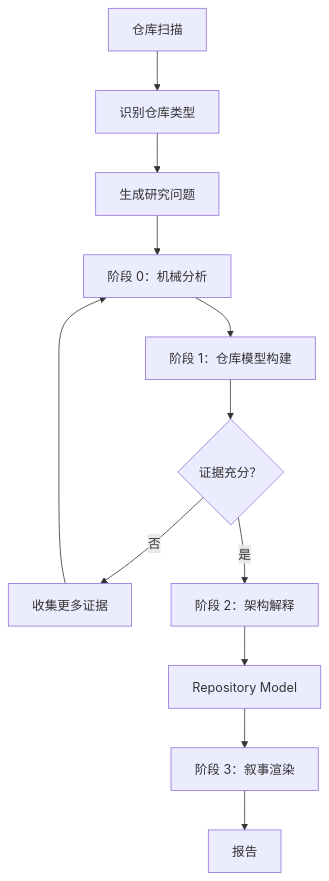
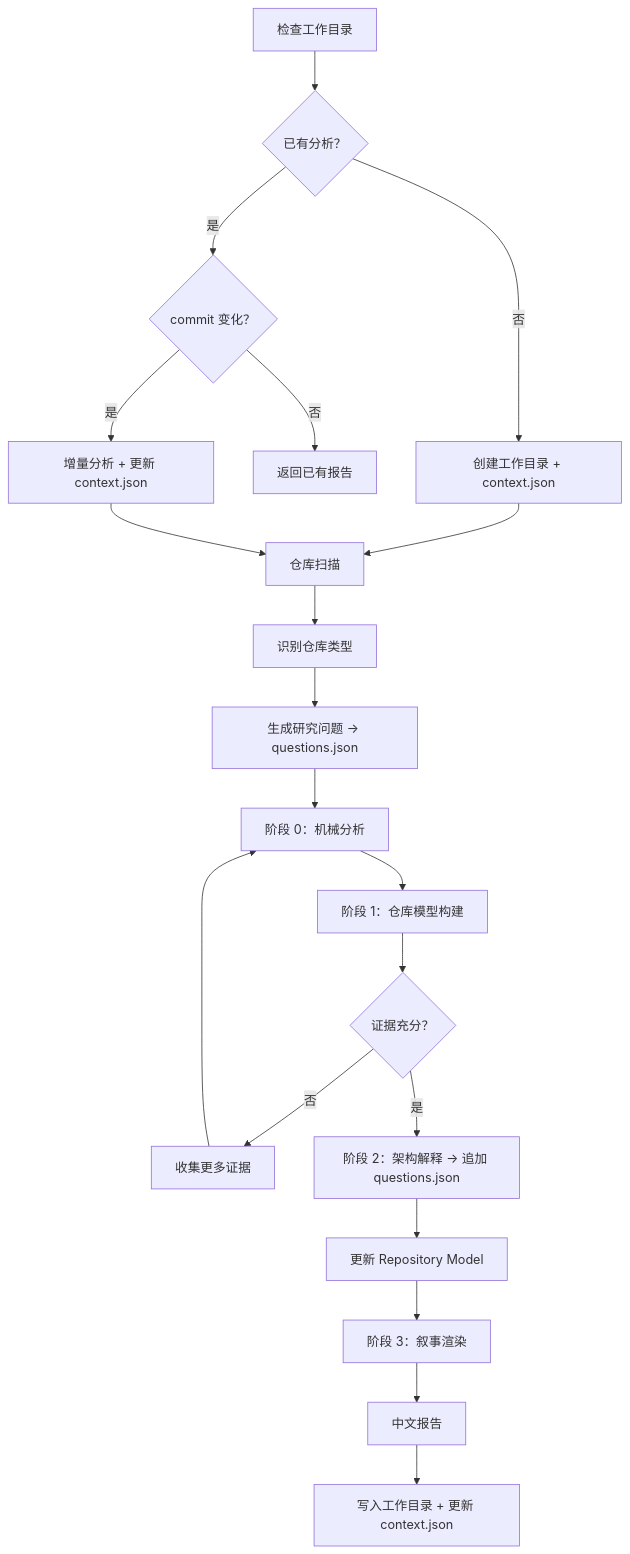
Before and after one commit to devweekly/devweekly.github.io: the first of 2 diagrams in .trae/skills/repo-research-v2/SKILL.md, drawn with Mermaid. The commit also changed other lines of this file and 1 other file, not shown here.

````diff
--- a/.trae/skills/repo-research-v2/SKILL.md
+++ b/.trae/skills/repo-research-v2/SKILL.md
@@ -81,14 +176,22 @@
 ```mermaid
 flowchart TD
-    A[仓库扫描] --> B[识别仓库类型]
-    B --> C[生成研究问题]
-    C --> D[阶段 0：机械分析]
-    D --> E[阶段 1：仓库模型构建]
-    E --> F{证据充分？}
-    F -- 否 --> G[收集更多证据]
-    G --> D
-    F -- 是 --> H[阶段 2：架构解释]
-    H --> I[Repository Model]
-    I --> J[阶段 3：叙事渲染]
-    J --> K[报告]
+    A[检查工作目录] --> B{已有分析？}
+    B -- 否 --> C[创建工作目录 + context.json]
+    B -- 是 --> D{commit 变化？}
+    D -- 否 --> E[返回已有报告]
+    D -- 是 --> F[增量分析 + 更新 context.json]
+    C --> G[仓库扫描]
+    F --> G
+    G --> H[识别仓库类型]
+    H --> I[生成研究问题 → questions.json]
+    I --> J[阶段 0：机械分析]
+    J --> K[阶段 1：仓库模型构建]
+    K --> L{证据充分？}
+    L -- 否 --> M[收集更多证据]
+    M --> J
+    L -- 是 --> N[阶段 2：架构解释 → 追加 questions.json]
+    N --> O[更新 Repository Model]
+    O --> P[阶段 3：叙事渲染]
+    P --> Q[中文报告]
+    Q --> R[写入工作目录 + 更新 context.json]
 ```
````
